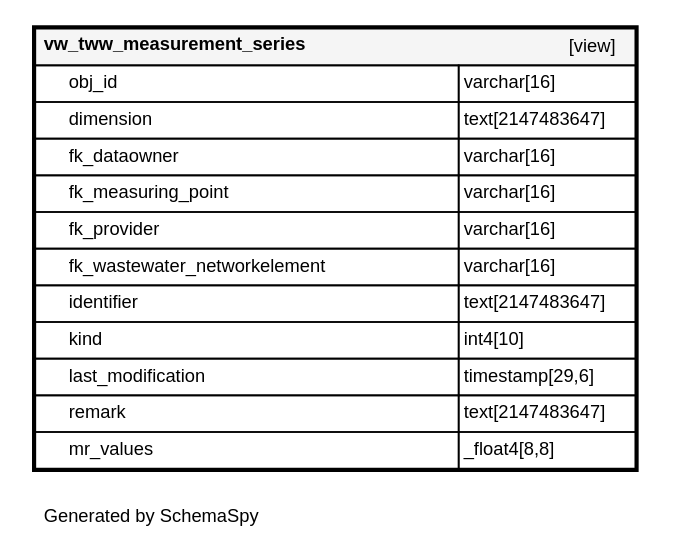
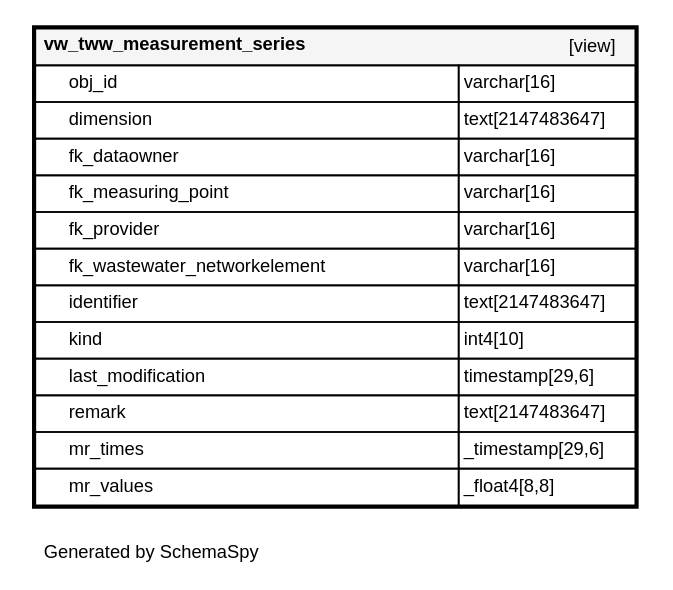
The diagram in en/_static/datamodel/tww_app/diagrams/tables/vw_tww_measurement_series.1degree.dot (teksi/wastewater), drawn with Graphviz before and after one commit. The commit also changed 141 other files, not shown here.

```diff
--- a/en/_static/datamodel/tww_app/diagrams/tables/vw_tww_measurement_series.1degree.dot
+++ b/en/_static/datamodel/tww_app/diagrams/tables/vw_tww_measurement_series.1degree.dot
@@ -1,23 +1,24 @@
 digraph "oneDegreeRelationshipsDiagram" {
   graph [    rankdir="RL"    bgcolor="#ffffff"    label="\nGenerated by SchemaSpy"    labeljust="l"    nodesep="0.18"    ranksep="0.46"    fontname="Helvetica"    fontsize="11"    packmode="graph"  ];  node [    fontname="Helvetica"    fontsize="11"    shape="plaintext"  ];  edge [    arrowsize="0.8"  ];
   "vw_tww_measurement_series" [
    label=<
     <TABLE BORDER="2" CELLBORDER="1" CELLSPACING="0" BGCOLOR="#ffffff">
       <TR><TD COLSPAN="4"  BGCOLOR="#f5f5f5"><TABLE BORDER="0" CELLSPACING="0"><TR><TD ALIGN="LEFT" FIXEDSIZE="TRUE" WIDTH="215" HEIGHT="16"><B>vw_tww_measurement_series</B></TD><TD ALIGN="RIGHT">[view]</TD></TR></TABLE></TD></TR>
       <TR><TD PORT="obj_id" COLSPAN="2" ALIGN="LEFT"><TABLE BORDER="0" CELLSPACING="0" ALIGN="LEFT"><TR ALIGN="LEFT"><TD ALIGN="LEFT" FIXEDSIZE="TRUE" WIDTH="15" HEIGHT="16"></TD><TD ALIGN="LEFT" FIXEDSIZE="TRUE" WIDTH="233" HEIGHT="16">obj_id</TD></TR></TABLE></TD><TD PORT="obj_id.type" ALIGN="LEFT">varchar[16]</TD></TR>
       <TR><TD PORT="dimension" COLSPAN="2" ALIGN="LEFT"><TABLE BORDER="0" CELLSPACING="0" ALIGN="LEFT"><TR ALIGN="LEFT"><TD ALIGN="LEFT" FIXEDSIZE="TRUE" WIDTH="15" HEIGHT="16"></TD><TD ALIGN="LEFT" FIXEDSIZE="TRUE" WIDTH="233" HEIGHT="16">dimension</TD></TR></TABLE></TD><TD PORT="dimension.type" ALIGN="LEFT">text[2147483647]</TD></TR>
       <TR><TD PORT="fk_dataowner" COLSPAN="2" ALIGN="LEFT"><TABLE BORDER="0" CELLSPACING="0" ALIGN="LEFT"><TR ALIGN="LEFT"><TD ALIGN="LEFT" FIXEDSIZE="TRUE" WIDTH="15" HEIGHT="16"></TD><TD ALIGN="LEFT" FIXEDSIZE="TRUE" WIDTH="233" HEIGHT="16">fk_dataowner</TD></TR></TABLE></TD><TD PORT="fk_dataowner.type" ALIGN="LEFT">varchar[16]</TD></TR>
       <TR><TD PORT="fk_measuring_point" COLSPAN="2" ALIGN="LEFT"><TABLE BORDER="0" CELLSPACING="0" ALIGN="LEFT"><TR ALIGN="LEFT"><TD ALIGN="LEFT" FIXEDSIZE="TRUE" WIDTH="15" HEIGHT="16"></TD><TD ALIGN="LEFT" FIXEDSIZE="TRUE" WIDTH="233" HEIGHT="16">fk_measuring_point</TD></TR></TABLE></TD><TD PORT="fk_measuring_point.type" ALIGN="LEFT">varchar[16]</TD></TR>
       <TR><TD PORT="fk_provider" COLSPAN="2" ALIGN="LEFT"><TABLE BORDER="0" CELLSPACING="0" ALIGN="LEFT"><TR ALIGN="LEFT"><TD ALIGN="LEFT" FIXEDSIZE="TRUE" WIDTH="15" HEIGHT="16"></TD><TD ALIGN="LEFT" FIXEDSIZE="TRUE" WIDTH="233" HEIGHT="16">fk_provider</TD></TR></TABLE></TD><TD PORT="fk_provider.type" ALIGN="LEFT">varchar[16]</TD></TR>
       <TR><TD PORT="fk_wastewater_networkelement" COLSPAN="2" ALIGN="LEFT"><TABLE BORDER="0" CELLSPACING="0" ALIGN="LEFT"><TR ALIGN="LEFT"><TD ALIGN="LEFT" FIXEDSIZE="TRUE" WIDTH="15" HEIGHT="16"></TD><TD ALIGN="LEFT" FIXEDSIZE="TRUE" WIDTH="233" HEIGHT="16">fk_wastewater_networkelement</TD></TR></TABLE></TD><TD PORT="fk_wastewater_networkelement.type" ALIGN="LEFT">varchar[16]</TD></TR>
       <TR><TD PORT="identifier" COLSPAN="2" ALIGN="LEFT"><TABLE BORDER="0" CELLSPACING="0" ALIGN="LEFT"><TR ALIGN="LEFT"><TD ALIGN="LEFT" FIXEDSIZE="TRUE" WIDTH="15" HEIGHT="16"></TD><TD ALIGN="LEFT" FIXEDSIZE="TRUE" WIDTH="233" HEIGHT="16">identifier</TD></TR></TABLE></TD><TD PORT="identifier.type" ALIGN="LEFT">text[2147483647]</TD></TR>
       <TR><TD PORT="kind" COLSPAN="2" ALIGN="LEFT"><TABLE BORDER="0" CELLSPACING="0" ALIGN="LEFT"><TR ALIGN="LEFT"><TD ALIGN="LEFT" FIXEDSIZE="TRUE" WIDTH="15" HEIGHT="16"></TD><TD ALIGN="LEFT" FIXEDSIZE="TRUE" WIDTH="233" HEIGHT="16">kind</TD></TR></TABLE></TD><TD PORT="kind.type" ALIGN="LEFT">int4[10]</TD></TR>
       <TR><TD PORT="last_modification" COLSPAN="2" ALIGN="LEFT"><TABLE BORDER="0" CELLSPACING="0" ALIGN="LEFT"><TR ALIGN="LEFT"><TD ALIGN="LEFT" FIXEDSIZE="TRUE" WIDTH="15" HEIGHT="16"></TD><TD ALIGN="LEFT" FIXEDSIZE="TRUE" WIDTH="233" HEIGHT="16">last_modification</TD></TR></TABLE></TD><TD PORT="last_modification.type" ALIGN="LEFT">timestamp[29,6]</TD></TR>
       <TR><TD PORT="remark" COLSPAN="2" ALIGN="LEFT"><TABLE BORDER="0" CELLSPACING="0" ALIGN="LEFT"><TR ALIGN="LEFT"><TD ALIGN="LEFT" FIXEDSIZE="TRUE" WIDTH="15" HEIGHT="16"></TD><TD ALIGN="LEFT" FIXEDSIZE="TRUE" WIDTH="233" HEIGHT="16">remark</TD></TR></TABLE></TD><TD PORT="remark.type" ALIGN="LEFT">text[2147483647]</TD></TR>
+      <TR><TD PORT="mr_times" COLSPAN="2" ALIGN="LEFT"><TABLE BORDER="0" CELLSPACING="0" ALIGN="LEFT"><TR ALIGN="LEFT"><TD ALIGN="LEFT" FIXEDSIZE="TRUE" WIDTH="15" HEIGHT="16"></TD><TD ALIGN="LEFT" FIXEDSIZE="TRUE" WIDTH="233" HEIGHT="16">mr_times</TD></TR></TABLE></TD><TD PORT="mr_times.type" ALIGN="LEFT">_timestamp[29,6]</TD></TR>
       <TR><TD PORT="mr_values" COLSPAN="2" ALIGN="LEFT"><TABLE BORDER="0" CELLSPACING="0" ALIGN="LEFT"><TR ALIGN="LEFT"><TD ALIGN="LEFT" FIXEDSIZE="TRUE" WIDTH="15" HEIGHT="16"></TD><TD ALIGN="LEFT" FIXEDSIZE="TRUE" WIDTH="233" HEIGHT="16">mr_values</TD></TR></TABLE></TD><TD PORT="mr_values.type" ALIGN="LEFT">_float4[8,8]</TD></TR>
     </TABLE>>
     URL="../../tables/vw_tww_measurement_series.html"
     target="_top"
     tooltip="vw_tww_measurement_series"
   ];
 }
```
